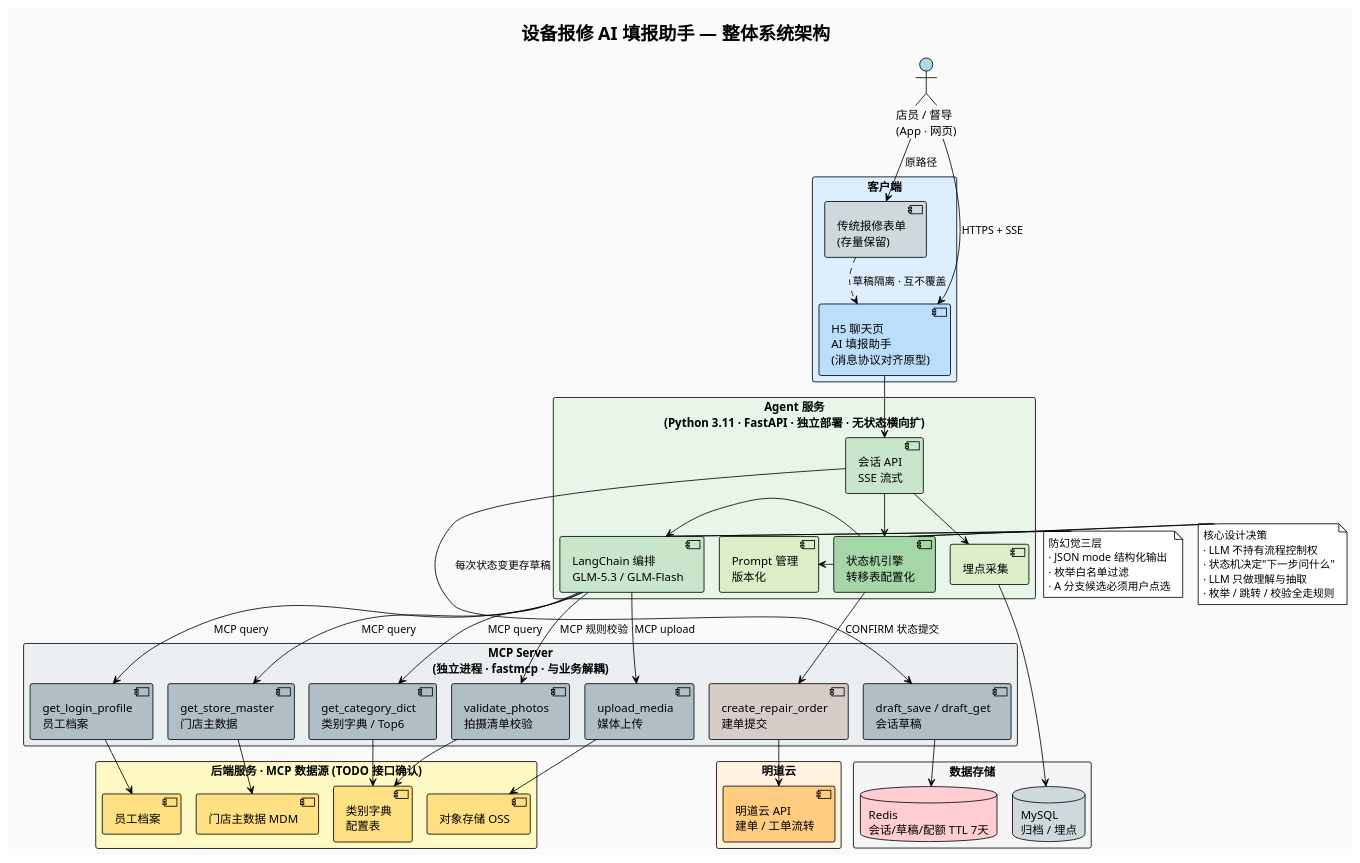
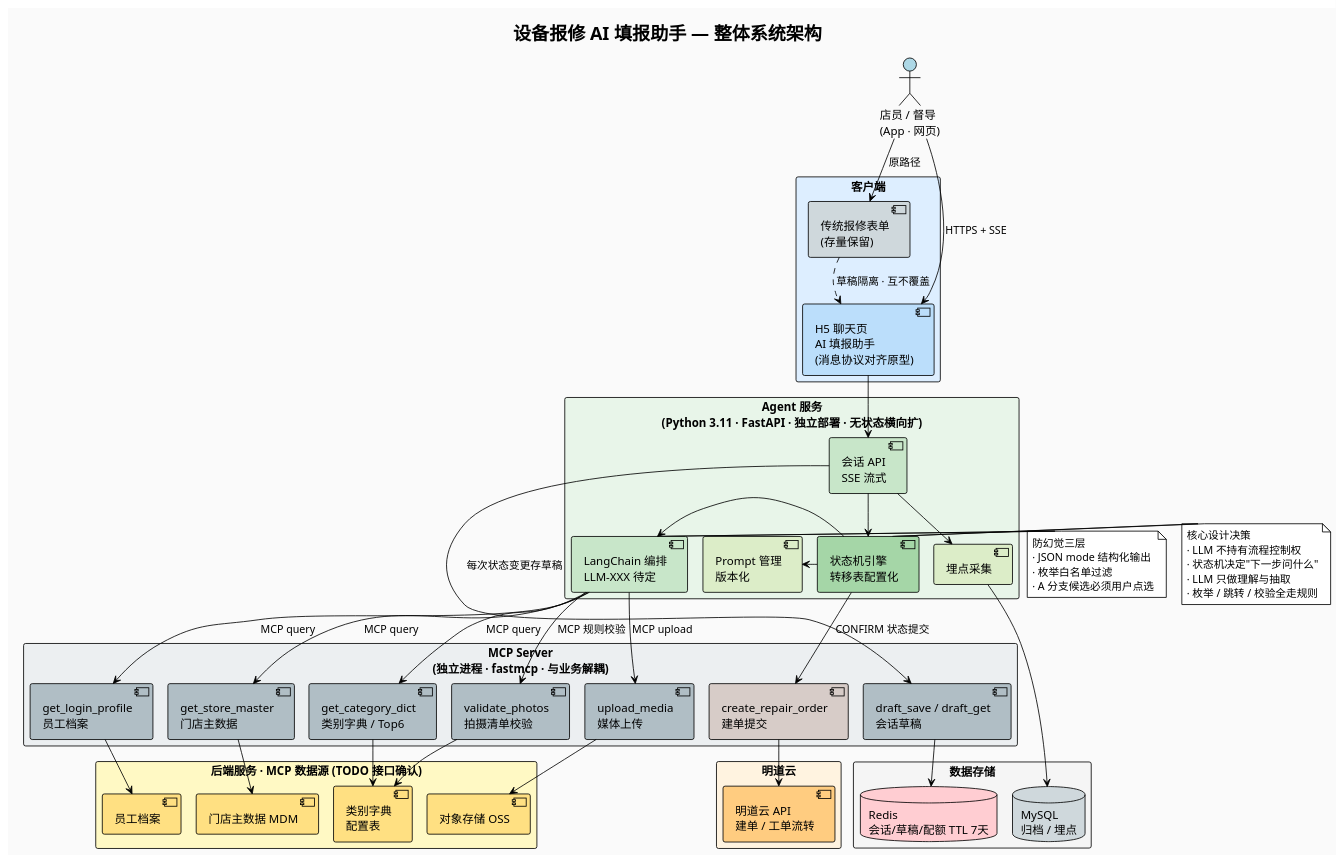
One commit to bai876939716/my_doc changed the diagram in src/main/hotmaxx/需求点/输入优化/diagrams/01-系统架构图.puml. Above: the diagram before and after it, drawn with PlantUML. The commit also changed 18 other files, not shown here.

```diff
--- a/src/main/hotmaxx/需求点/输入优化/diagrams/01-系统架构图.puml
+++ b/src/main/hotmaxx/需求点/输入优化/diagrams/01-系统架构图.puml
@@ -1,100 +1,100 @@
 @startuml 设备报修AI填报-整体系统架构
 !pragma layout smetana
 !theme plain
 skinparam backgroundColor #FAFAFA
 skinparam defaultFontName "PingFang SC,Microsoft YaHei,Arial"
 
 title 设备报修 AI 填报助手 — 整体系统架构
 
 ' ========== 用户 ==========
 actor "店员 / 督导\n(App · 网页)" as User #LightBlue
 
 ' ========== 客户端层 ==========
 rectangle "客户端" #DDEEFF {
   component "H5 聊天页\nAI 填报助手\n(消息协议对齐原型)" as H5 #BBDEFB
   component "传统报修表单\n(存量保留)" as OLD #CFD8DC
 }
 
 ' ========== Agent 服务层 ==========
 rectangle "Agent 服务\n(Python 3.11 · FastAPI · 独立部署 · 无状态横向扩)" #E8F5E9 {
   component "会话 API\nSSE 流式" as API #C8E6C9
   component "状态机引擎\n转移表配置化" as SM #A5D6A7
-  component "LangChain 编排\nGLM-5.3 / GLM-Flash" as LC #C8E6C9
+  component "LangChain 编排\nLLM-XXX 待定" as LC #C8E6C9
   component "Prompt 管理\n版本化" as PM #DCEDC8
   component "埋点采集" as TR #DCEDC8
 }
 
 ' ========== MCP 工具层 ==========
 rectangle "MCP Server\n(独立进程 · fastmcp · 与业务解耦)" #ECEFF1 {
   component "get_login_profile\n员工档案" as T1 #B0BEC5
   component "get_store_master\n门店主数据" as T2 #B0BEC5
   component "get_category_dict\n类别字典 / Top6" as T3 #B0BEC5
   component "validate_photos\n拍摄清单校验" as T4 #B0BEC5
   component "upload_media\n媒体上传" as T5 #B0BEC5
   component "create_repair_order\n建单提交" as T6 #D7CCC8
   component "draft_save / draft_get\n会话草稿" as T7 #B0BEC5
 }
 
 ' ========== 存储层 ==========
 rectangle "数据存储" #F5F5F5 {
   database "Redis\n会话/草稿/配额 TTL 7天" as RD #FFCDD2
   database "MySQL\n归档 / 埋点" as MY #CFD8DC
 }
 
 ' ========== 后端服务层（MCP 数据源） ==========
 rectangle "后端服务 · MCP 数据源 (TODO 接口确认)" #FFF9C4 {
   component "员工档案" as HR #FFE082
   component "门店主数据 MDM" as MDM #FFE082
   component "类别字典\n配置表" as DICT #FFE082
   component "对象存储 OSS" as OSS #FFE082
 }
 
 ' ========== 明道云 ==========
 rectangle "明道云" #FFF3E0 {
   component "明道云 API\n建单 / 工单流转" as MDY #FFCC80
 }
 
 ' ========== 关系连线 ==========
 User -down-> H5 : HTTPS + SSE
 User -down-> OLD : 原路径
 OLD ..> H5 : 草稿隔离 · 互不覆盖
 
 H5 -down-> API
 API -down-> SM
 API -down-> TR
 SM -right-> LC
 SM -left-> PM
 
 LC -down-> T1 : MCP query
 LC -down-> T2 : MCP query
 LC -down-> T3 : MCP query
 LC -down-> T4 : MCP 规则校验
 LC -down-> T5 : MCP upload
 SM -down-> T6 : CONFIRM 状态提交
 API -down-> T7 : 每次状态变更存草稿
 
 T1 -down-> HR
 T2 -down-> MDM
 T3 -down-> DICT
 T4 -down-> DICT
 T5 -down-> OSS
 T6 -down-> MDY
 T7 -down-> RD
 TR -down-> MY
 
 note right of SM
   核心设计决策
   · LLM 不持有流程控制权
   · 状态机决定"下一步问什么"
   · LLM 只做理解与抽取
   · 枚举 / 跳转 / 校验全走规则
 end note
 
 note right of LC
   防幻觉三层
   · JSON mode 结构化输出
   · 枚举白名单过滤
   · A 分支候选必须用户点选
 end note
 
 @enduml
```
